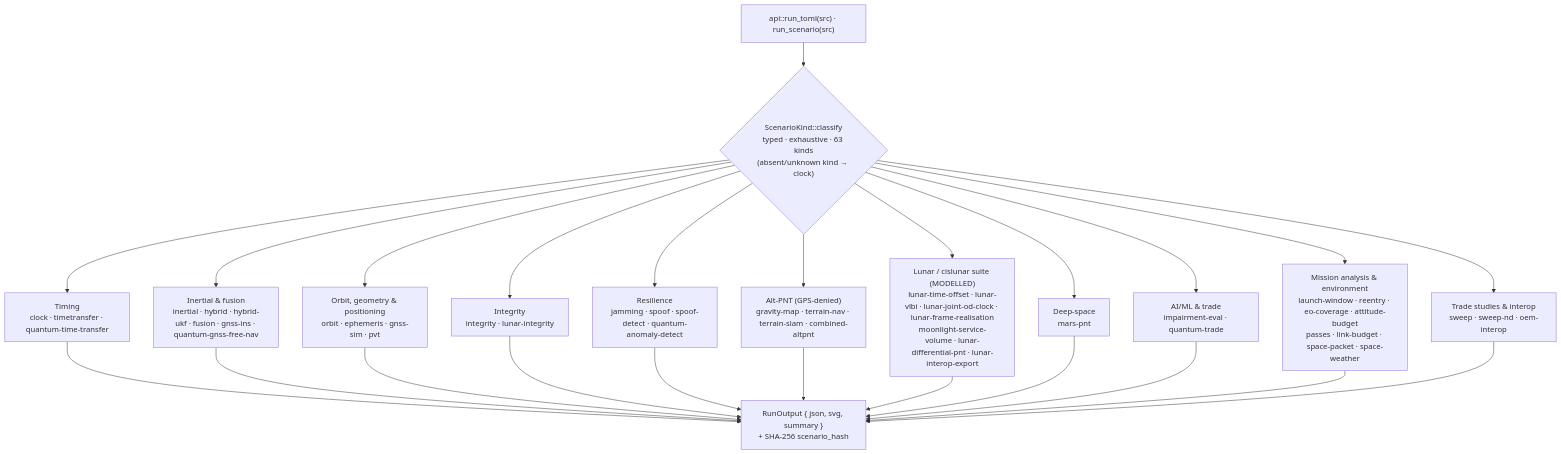
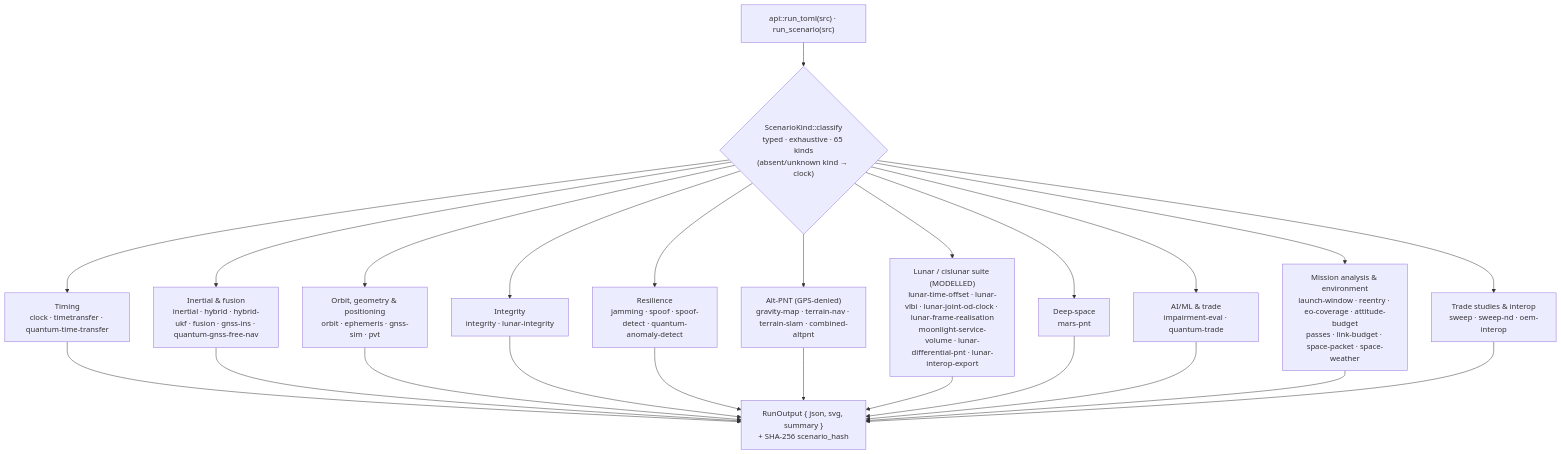
The seventh of 11 diagrams in docs/ARCHITECTURE.md (ashfordeOU/kshana), drawn with Mermaid before and after one commit. The commit also changed other lines of this file and 41 other files, not shown here.

````diff
--- a/docs/ARCHITECTURE.md
+++ b/docs/ARCHITECTURE.md
@@ -406,16 +406,16 @@
 ```mermaid
 flowchart TD
-    F["api::run_toml(src) · run_scenario(src)"] --> K{"ScenarioKind::classify<br/>typed · exhaustive · 63 kinds<br/>(absent/unknown kind → clock)"}
+    F["api::run_toml(src) · run_scenario(src)"] --> K{"ScenarioKind::classify<br/>typed · exhaustive · 65 kinds<br/>(absent/unknown kind → clock)"}
     K --> G1["Timing<br/>clock · timetransfer · quantum-time-transfer"]
     K --> G2["Inertial & fusion<br/>inertial · hybrid · hybrid-ukf · fusion · gnss-ins · quantum-gnss-free-nav"]
     K --> G3["Orbit, geometry & positioning<br/>orbit · ephemeris · gnss-sim · pvt"]
     K --> G4["Integrity<br/>integrity · lunar-integrity"]
     K --> G5["Resilience<br/>jamming · spoof · spoof-detect · quantum-anomaly-detect"]
     K --> G6["Alt-PNT (GPS-denied)<br/>gravity-map · terrain-nav · terrain-slam · combined-altpnt"]
     K --> G7["Lunar / cislunar suite (MODELLED)<br/>lunar-time-offset · lunar-vlbi · lunar-joint-od-clock · lunar-frame-realisation<br/>moonlight-service-volume · lunar-differential-pnt · lunar-interop-export"]
     K --> G8["Deep-space<br/>mars-pnt"]
     K --> G9["AI/ML & trade<br/>impairment-eval · quantum-trade"]
     K --> G10["Mission analysis & environment<br/>launch-window · reentry · eo-coverage · attitude-budget<br/>passes · link-budget · space-packet · space-weather"]
     K --> G11["Trade studies & interop<br/>sweep · sweep-nd · oem-interop"]
     G1 & G2 & G3 & G4 & G5 & G6 & G7 & G8 & G9 & G10 & G11 --> W["RunOutput { json, svg, summary }<br/>+ SHA-256 scenario_hash"]
 ```
````
